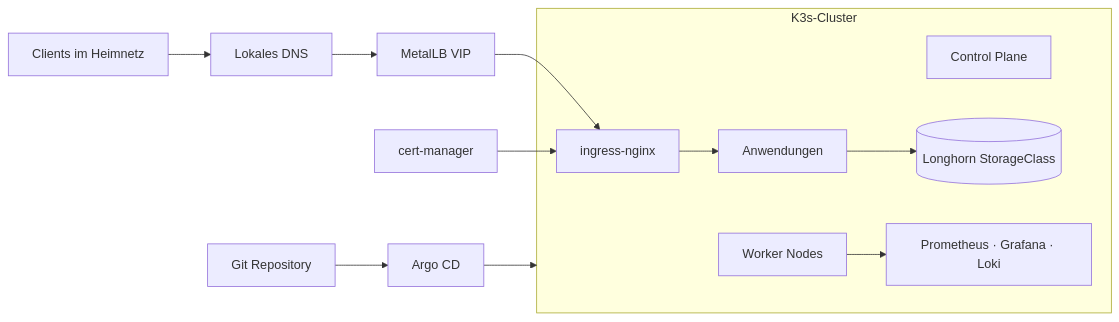
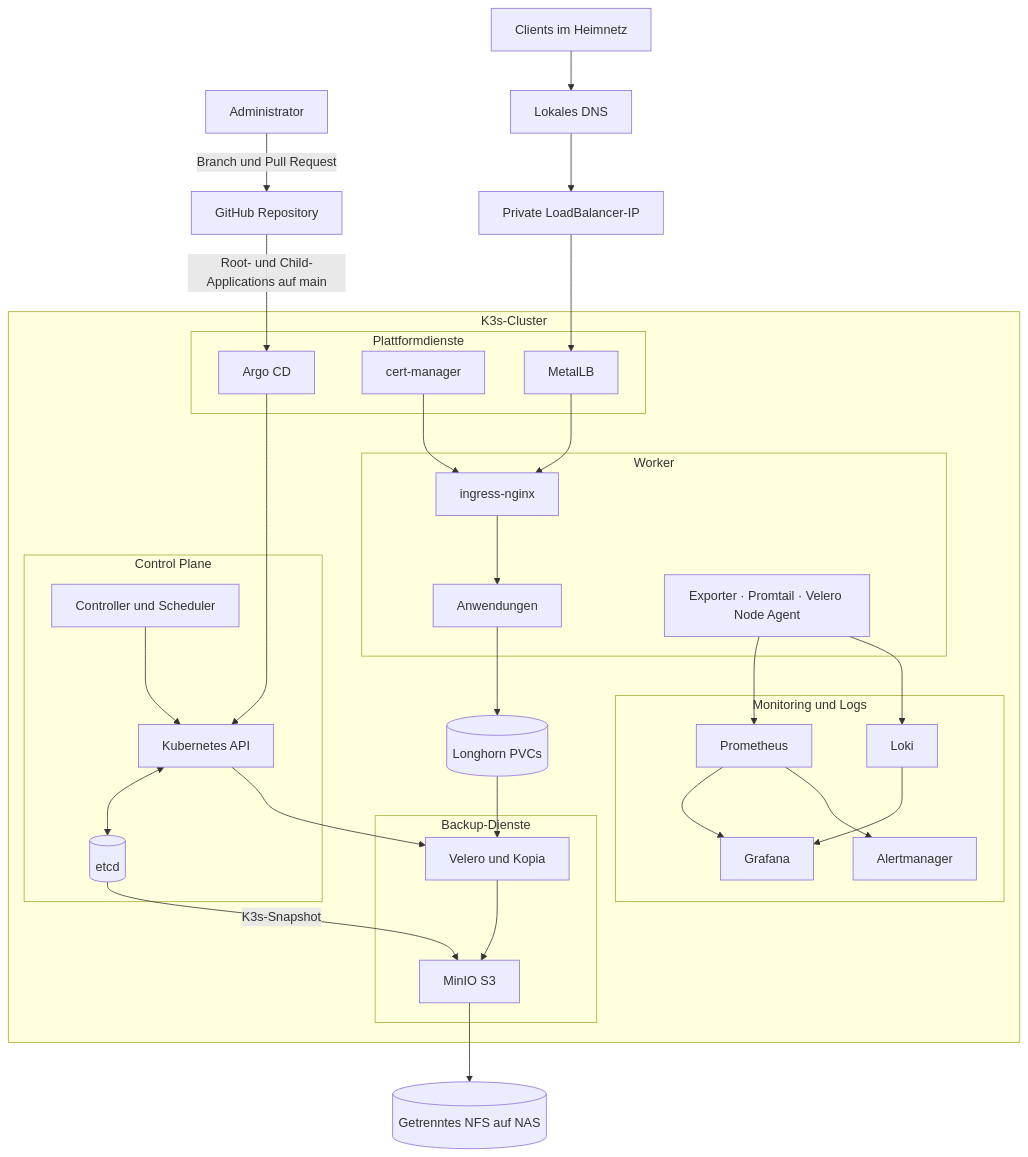
The first of 3 diagrams in README.md (gcode-de/homelab), drawn with Mermaid before and after one commit. The commit also changed other lines of this file, not shown here.

````diff
--- a/README.md
+++ b/README.md
@@ -7,22 +16,61 @@
 ```mermaid
-flowchart LR
-    user[Clients im Heimnetz] --> dns[Lokales DNS]
-    dns --> vip[MetalLB VIP]
-    vip --> ingress[ingress-nginx]
-    ingress --> apps[Anwendungen]
-    cert[cert-manager] --> ingress
+flowchart TB
+    operator[Administrator] -->|Branch und Pull Request| git[GitHub Repository]
+    git -->|Root- und Child-Applications auf main| argo
 
-    subgraph k3s[K3s-Cluster]
-      cp[Control Plane]
-      workers[Worker Nodes]
-      ingress
-      apps
-      storage[(Longhorn StorageClass)]
-      mon[Prometheus · Grafana · Loki]
-      apps --> storage
-      workers --> mon
+    subgraph cluster[K3s-Cluster]
+        subgraph control[Control Plane]
+            api[Kubernetes API]
+            etcd[(etcd)]
+            controllers[Controller und Scheduler]
+        end
+
+        subgraph workers[Worker]
+            ingress[ingress-nginx]
+            workloads[Anwendungen]
+            agents[Exporter · Promtail · Velero Node Agent]
+        end
+
+        subgraph platform[Plattformdienste]
+            argo[Argo CD]
+            cert[cert-manager]
+            metallb[MetalLB]
+        end
+
+        subgraph observability[Monitoring und Logs]
+            prometheus[Prometheus]
+            loki[Loki]
+            grafana[Grafana]
+            alertmanager[Alertmanager]
+            prometheus --> grafana
+            prometheus --> alertmanager
+            loki --> grafana
+        end
+
+        subgraph backup[Backup-Dienste]
+            velero[Velero und Kopia]
+            minio[MinIO S3]
+            velero --> minio
+        end
+
+        longhorn[(Longhorn PVCs)]
+
+        api <--> etcd
+        controllers --> api
+        argo --> api
+        ingress --> workloads
+        workloads --> longhorn
+        cert --> ingress
     end
 
-    git[Git Repository] --> argo[Argo CD]
-    argo --> k3s
+    clients[Clients im Heimnetz] --> dns[Lokales DNS]
+    dns --> vip[Private LoadBalancer-IP]
+    vip --> metallb
+    metallb --> ingress
+    agents --> prometheus
+    agents --> loki
+    api --> velero
+    longhorn --> velero
+    etcd -->|K3s-Snapshot| minio
+    minio --> nas[(Getrenntes NFS auf NAS)]
 ```
````
